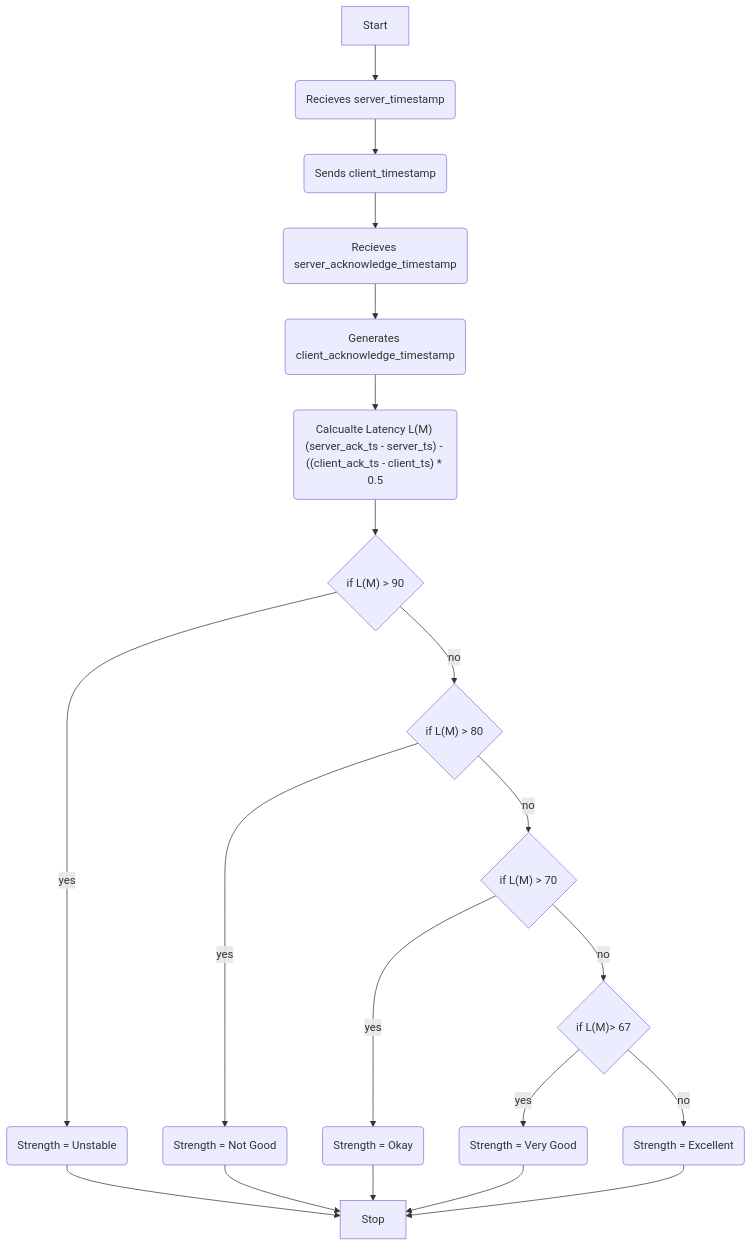
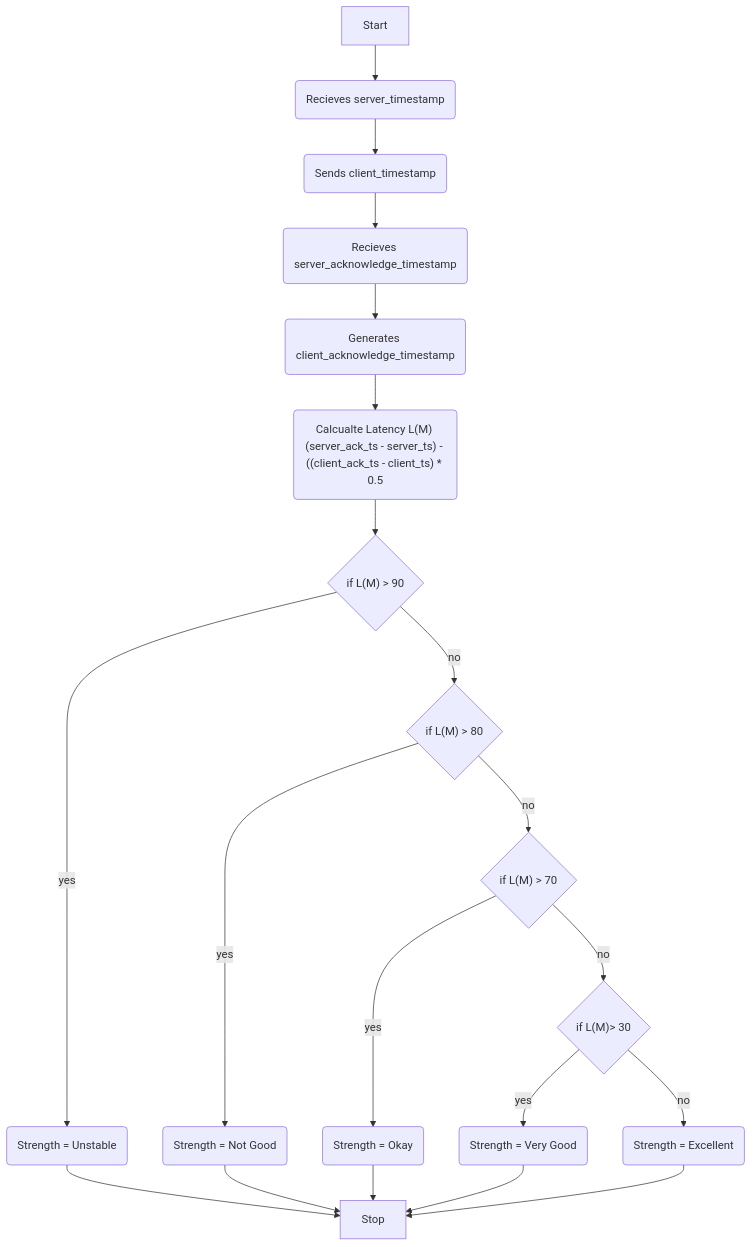
Before and after one commit to mrinalaswin/re-webskocket-strength: the second of 3 diagrams in docs/calculate-the-websocket-strength.md, drawn with Mermaid. The commit also changed other lines of this file, not shown here.

````diff
--- a/docs/calculate-the-websocket-strength.md
+++ b/docs/calculate-the-websocket-strength.md
@@ -17,22 +26,22 @@
 ```mermaid
 flowchart TD
 	Start --> RST(Recieves server_timestamp)
 	RST --> SCT(Sends client_timestamp)
 	SCT --> RSAT(Recieves server_acknowledge_timestamp) 
 	RSAT --> GCAT(Generates client_acknowledge_timestamp)
 	GCAT --> CL("Calcualte Latency L(M) (server_ack_ts - server_ts) - ((client_ack_ts - client_ts) * 0.5")
 	CL --> GT90{"if L(M) > 90"}
 	GT90 -->|yes| US("Strength = Unstable")
 	GT90 --> |no| GT80{"if L(M) > 80"}
 	GT80 --> |yes| NG("Strength = Not Good")
 	GT80 --> |no| GT70{"if L(M) > 70"}
 	GT70 --> |yes| OK("Strength = Okay")
-	GT70 --> |no| GT67{"if L(M)> 67"}
+	GT70 --> |no| GT67{"if L(M)> 30"}
 	GT67 --> |yes| VG("Strength = Very Good")
 	GT67 --> |no| EX("Strength = Excellent")
 	US --> Stop
 	NG --> Stop
 	OK --> Stop
 	VG --> Stop
 	EX --> Stop
 ```
````
